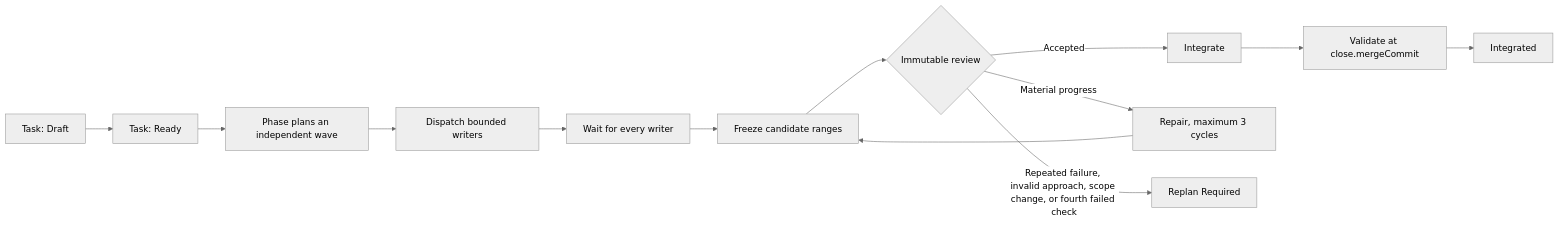
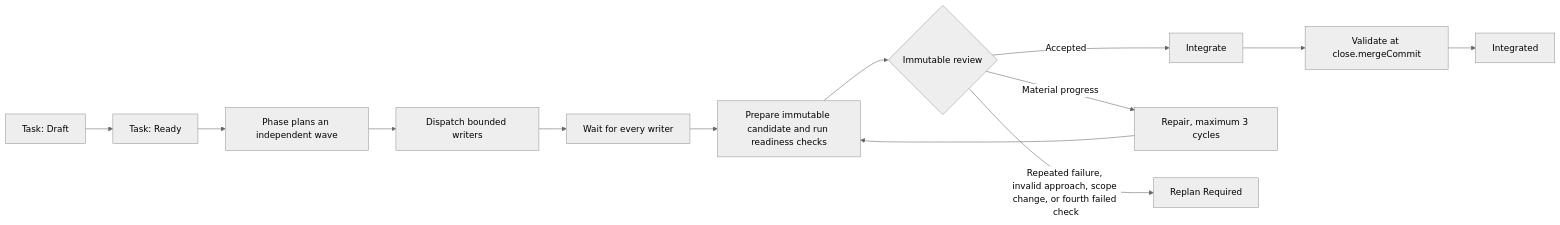
Before and after one commit to UnioGame/lemmings.ai: the second of 2 diagrams in README.md, drawn with Mermaid (neutral theme). The commit also changed other lines of this file and 25 other files, not shown here.

````diff
--- a/README.md
+++ b/README.md
@@ -35,15 +35,15 @@
 ```mermaid
 flowchart LR
   A[Task: Draft] --> B[Task: Ready]
   B --> C[Phase plans an independent wave]
   C --> D[Dispatch bounded writers]
   D --> E[Wait for every writer]
-  E --> F[Freeze candidate ranges]
+  E --> F[Prepare immutable candidate and run readiness checks]
   F --> G{Immutable review}
   G -->|Accepted| H[Integrate]
   H --> I[Validate at close.mergeCommit]
   I --> J[Integrated]
   G -->|Material progress| K[Repair, maximum 3 cycles]
   K --> F
   G -->|Repeated failure, invalid approach, scope change, or fourth failed check| L[Replan Required]
 ```
````
